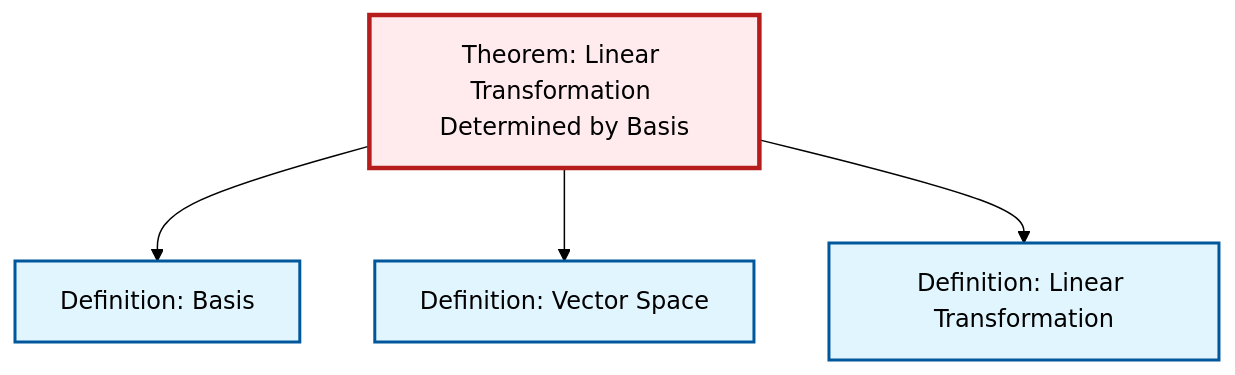
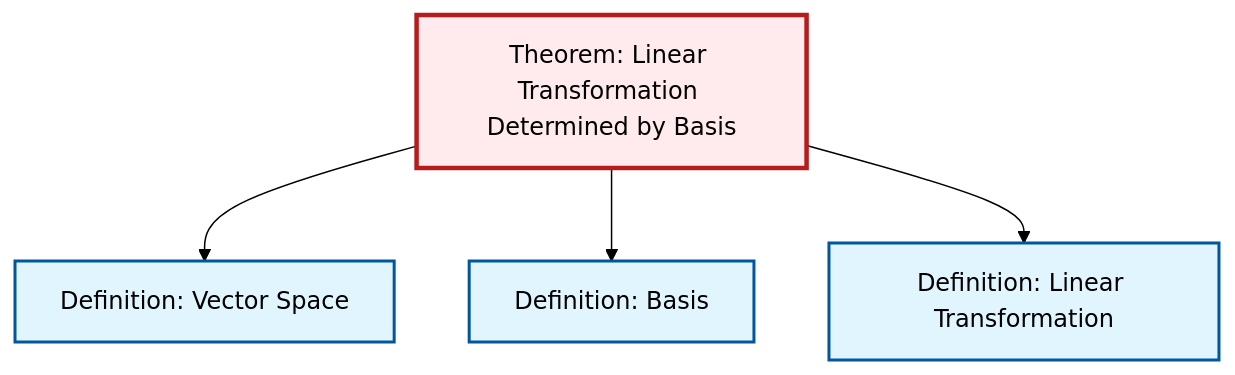
Before and after one commit to RK0429/ModernMath: the diagram in content/ja/algebra/thm-linear-transformation-basis.qmd, drawn with Mermaid (forest theme). The commit also changed other lines of this file and 654 other files, not shown here.

````diff
--- a/content/ja/algebra/thm-linear-transformation-basis.qmd
+++ b/content/ja/algebra/thm-linear-transformation-basis.qmd
@@ -48,20 +48,20 @@
 ```{mermaid}
 %%| fig-cap: "Local dependency graph"
 graph TD
     classDef definition fill:#e1f5fe,stroke:#01579b,stroke-width:2px
     classDef theorem fill:#f3e5f5,stroke:#4a148c,stroke-width:2px
     classDef axiom fill:#fff3e0,stroke:#e65100,stroke-width:2px
     classDef example fill:#e8f5e9,stroke:#1b5e20,stroke-width:2px
     classDef current fill:#ffebee,stroke:#b71c1c,stroke-width:3px
     def-basis["Definition: Basis"]:::definition
+    def-linear-transformation["Definition: Linear Transformation"]:::definition
     thm-linear-transformation-basis["Theorem: Linear Transformation Determined by Basis"]:::theorem
-    def-linear-transformation["Definition: Linear Transformation"]:::definition
     def-vector-space["Definition: Vector Space"]:::definition
+    thm-linear-transformation-basis --> def-vector-space
     thm-linear-transformation-basis --> def-basis
-    thm-linear-transformation-basis --> def-vector-space
     thm-linear-transformation-basis --> def-linear-transformation
     class thm-linear-transformation-basis current
     click def-basis "def-basis.html" "Definition: Basisへ"
     click def-linear-transformation "def-linear-transformation.html" "Definition: Linear Transformationへ"
     click def-vector-space "def-vector-space.html" "Definition: Vector Spaceへ"
 ```
````
